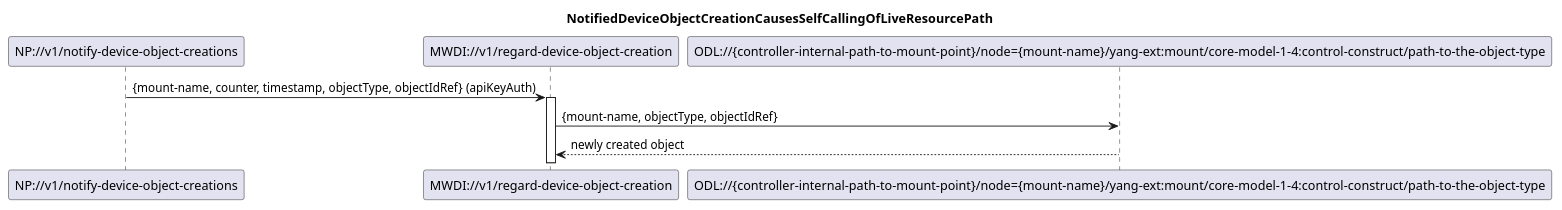
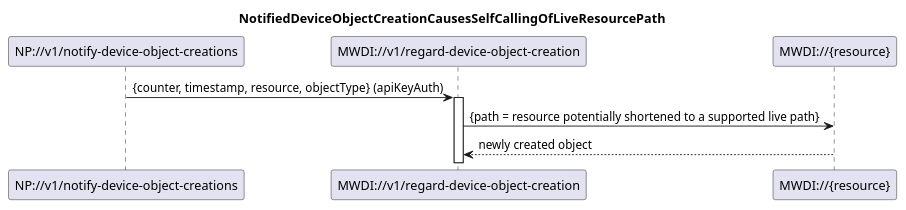
One commit to openBackhaul/MicroWaveDeviceInventory changed the diagram in spec/diagrams/024_NotificationBasedObjectCreation.plantuml. Above: the diagram before and after it, drawn with PlantUML. The commit also changed 20 other files, not shown here.

Commit message:
Review diagrams, services, forwardings, oas

```diff
--- a/spec/diagrams/024_NotificationBasedObjectCreation.plantuml
+++ b/spec/diagrams/024_NotificationBasedObjectCreation.plantuml
@@ -1,16 +1,16 @@
 @startuml 024_NotificationBasedObjectCreation
 skinparam responseMessageBelowArrow true
 
 title NotifiedDeviceObjectCreationCausesSelfCallingOfLiveResourcePath
 
 participant "NP://v1/notify-device-object-creations" as subscription
 participant "MWDI://v1/regard-device-object-creation" as regardObjectCreation
-participant "ODL://{controller-internal-path-to-mount-point}/node={mount-name}/yang-ext:mount/core-model-1-4:control-construct/path-to-the-object-type" as odlCreatedObject
+participant "MWDI://{resource}" as odlCreatedObject
 
-subscription -> regardObjectCreation: {mount-name, counter, timestamp, objectType, objectIdRef} (apiKeyAuth)
+subscription -> regardObjectCreation: {counter, timestamp, resource, objectType} (apiKeyAuth)
 activate regardObjectCreation
 
-regardObjectCreation -> odlCreatedObject: {mount-name, objectType, objectIdRef}
+regardObjectCreation -> odlCreatedObject: {path = resource potentially shortened to a supported live path}
 odlCreatedObject --> regardObjectCreation: newly created object
 
 @enduml
```
